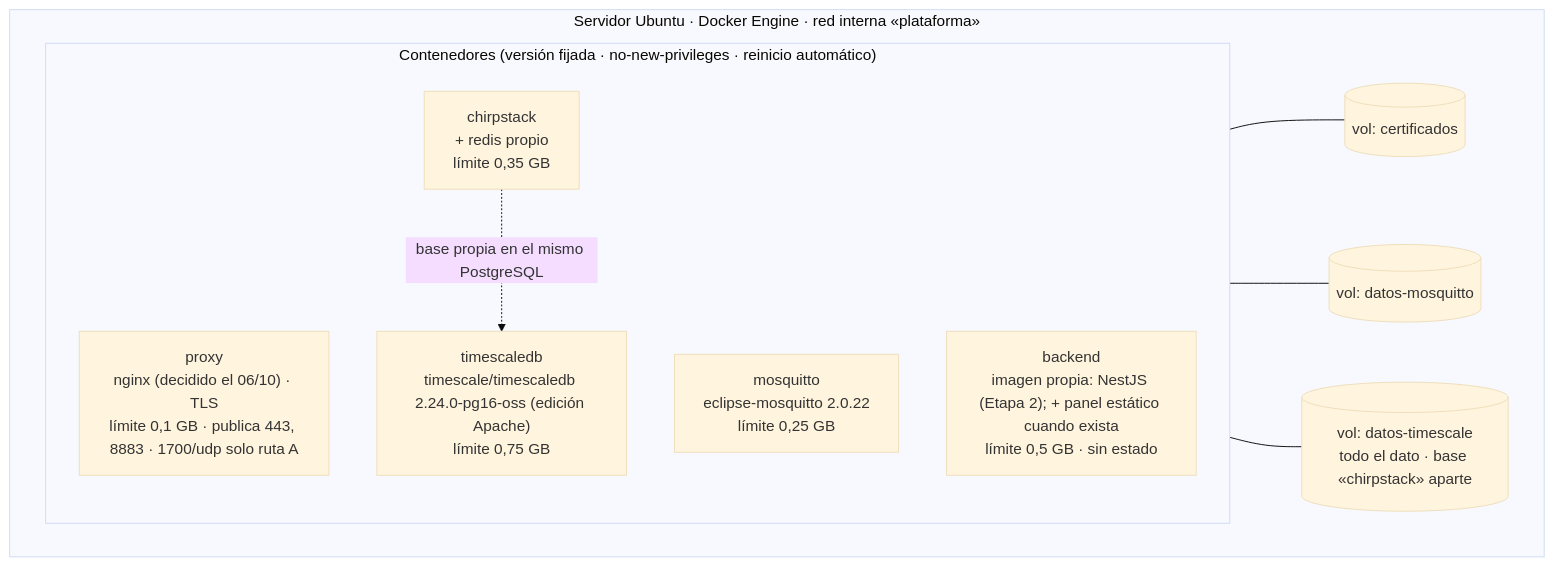
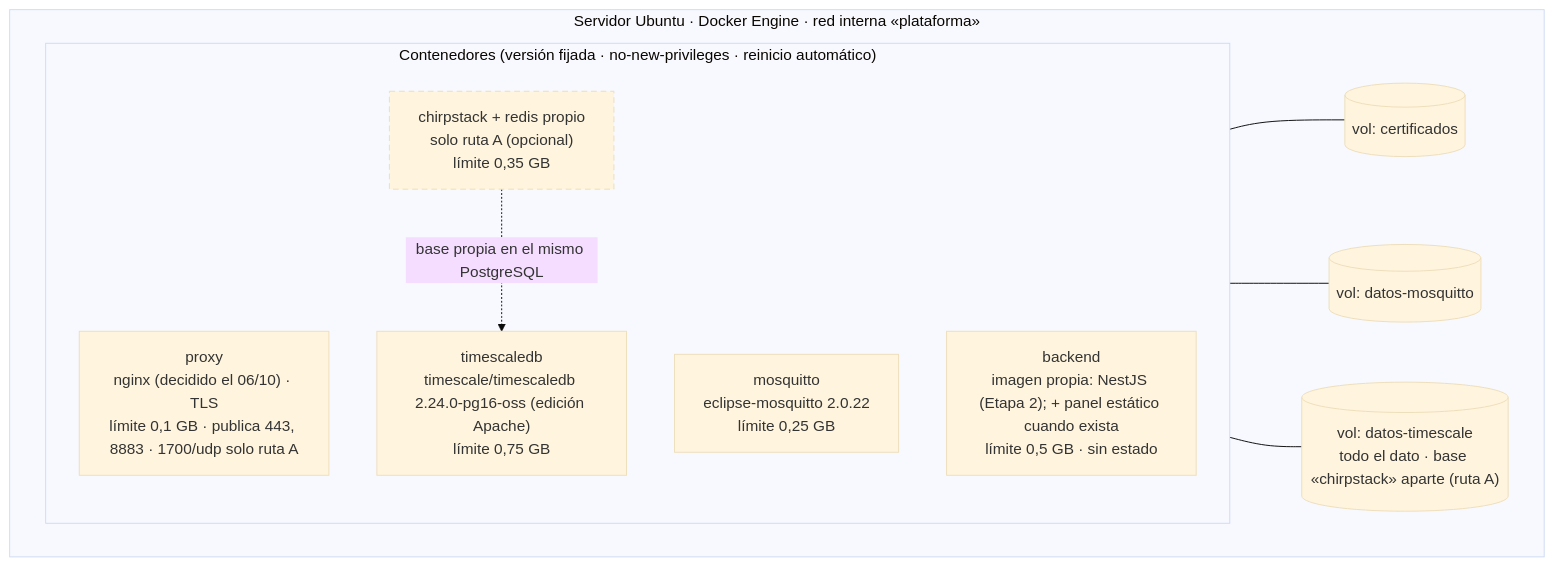
One commit to vicenterami/tesis changed the diagram in informe-oficial/figuras/mermaid/despliegue.mmd. Above: the diagram before and after it, drawn with Mermaid (base theme). The commit also changed 25 other files, not shown here.

First line of the commit message:
Deja explícito en el informe y en las figuras que ChirpStack (ruta A) es opcional

```diff
--- a/informe-oficial/figuras/mermaid/despliegue.mmd
+++ b/informe-oficial/figuras/mermaid/despliegue.mmd
@@ -1,19 +1,21 @@
 flowchart TB
     subgraph HOST["Servidor Ubuntu · Docker Engine · red interna «plataforma»"]
         direction LR
         subgraph SVC["Contenedores (versión fijada · no-new-privileges · reinicio automático)"]
             direction TB
             C5["proxy<br/>nginx (decidido el 06/10) · TLS<br/>límite 0,1 GB · publica 443, 8883 · 1700/udp solo ruta A"]
             C1["mosquitto<br/>eclipse-mosquitto 2.0.22<br/>límite 0,25 GB"]
-            C2["chirpstack<br/>+ redis propio<br/>límite 0,35 GB"]
+            C2["chirpstack + redis propio<br/>solo ruta A (opcional)<br/>límite 0,35 GB"]
             C4["backend<br/>imagen propia: NestJS (Etapa 2); + panel estático cuando exista<br/>límite 0,5 GB · sin estado"]
             C3["timescaledb<br/>timescale/timescaledb 2.24.0-pg16-oss (edición Apache)<br/>límite 0,75 GB"]
         end
         V4[("vol: certificados")]
         V2[("vol: datos-mosquitto")]
-        V1[("vol: datos-timescale<br/>todo el dato · base «chirpstack» aparte")]
+        V1[("vol: datos-timescale<br/>todo el dato · base «chirpstack» aparte (ruta A)")]
     end
     C5 --- V4
     C1 --- V2
     C3 --- V1
     C2 -. "base propia en el mismo PostgreSQL" .-> C3
+    classDef opcional stroke-dasharray:6 4
+    class C2 opcional
```
